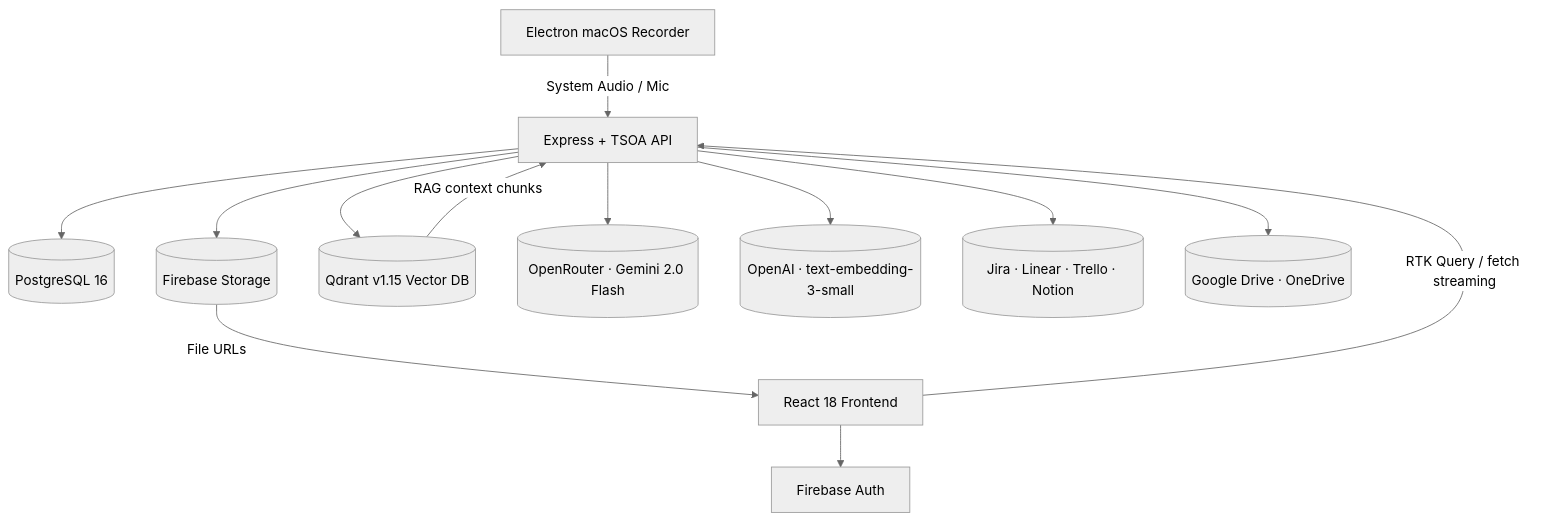
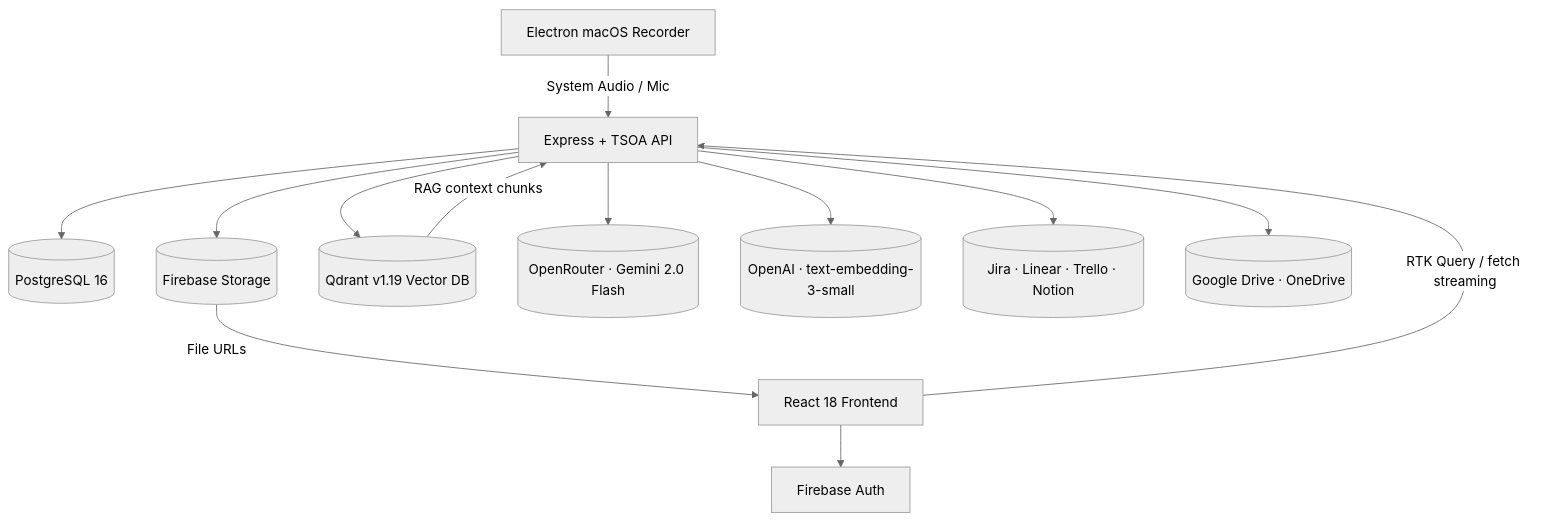
Before and after one commit to blueberrybytes/plan-ai: the diagram in plan-ai/README.md, drawn with Mermaid (neutral theme). The commit also changed other lines of this file and 54 other files, not shown here.

````diff
--- a/plan-ai/README.md
+++ b/plan-ai/README.md
@@ -35,15 +35,15 @@
 ```mermaid
 graph TD
   Recorder[Electron macOS Recorder] -->|System Audio / Mic| BE
   FE[React 18 Frontend] -->|RTK Query / fetch streaming| BE[Express + TSOA API]
   FE --> FirebaseAuth[Firebase Auth]
   BE --> Postgres[(PostgreSQL 16)]
   BE --> FirebaseStorage[(Firebase Storage)]
-  BE --> Qdrant[(Qdrant v1.15 Vector DB)]
+  BE --> Qdrant[(Qdrant v1.19 Vector DB)]
   BE --> OpenRouter[(OpenRouter · Gemini 2.0 Flash)]
   BE --> OpenAI[(OpenAI · text-embedding-3-small)]
   BE --> Integrations[(Jira · Linear · Trello · Notion)]
   BE --> CloudStorage[(Google Drive · OneDrive)]
   Qdrant -->|RAG context chunks| BE
   FirebaseStorage -->|File URLs| FE
 ```
````
